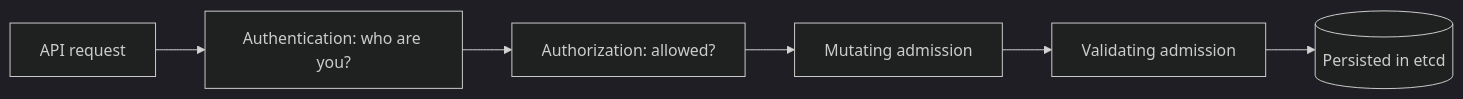
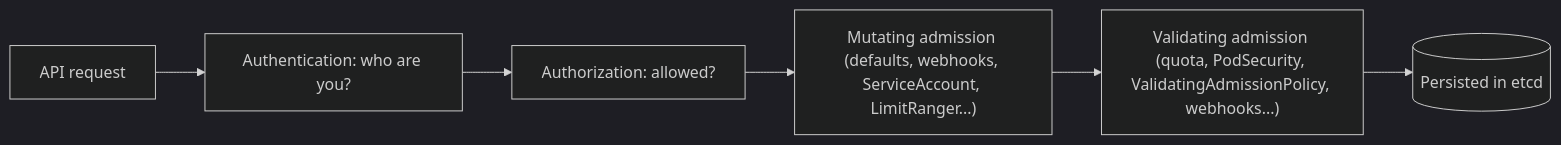
Diagram 18 of 33 in CKAD_notes.md (karthikreddy432/CKAD), drawn with Mermaid (dark theme) before and after one commit. The commit also changed other lines of this file, not shown here.

````diff
--- a/CKAD_notes.md
+++ b/CKAD_notes.md
@@ -2350,4 +2592,4 @@
 ```mermaid
 flowchart LR
-    REQ[API request] --> AUTHN["Authentication: who are you?"] --> AUTHZ["Authorization: allowed?"] --> MUT[Mutating admission] --> VAL[Validating admission] --> ETCD[(Persisted in etcd)]
+    REQ[API request] --> AUTHN["Authentication: who are you?"] --> AUTHZ["Authorization: allowed?"] --> MUT["Mutating admission (defaults, webhooks, ServiceAccount, LimitRanger...)"] --> VAL["Validating admission (quota, PodSecurity, ValidatingAdmissionPolicy, webhooks...)"] --> ETCD[(Persisted in etcd)]
 ```
````
